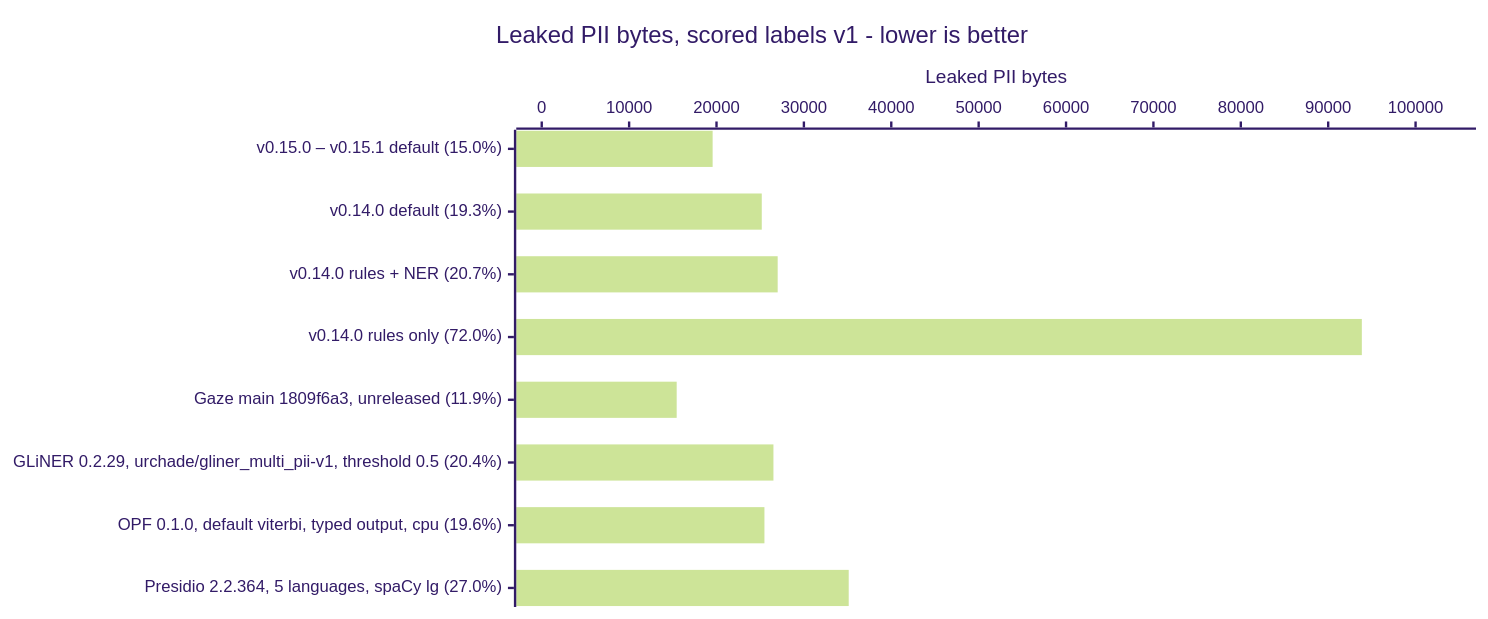
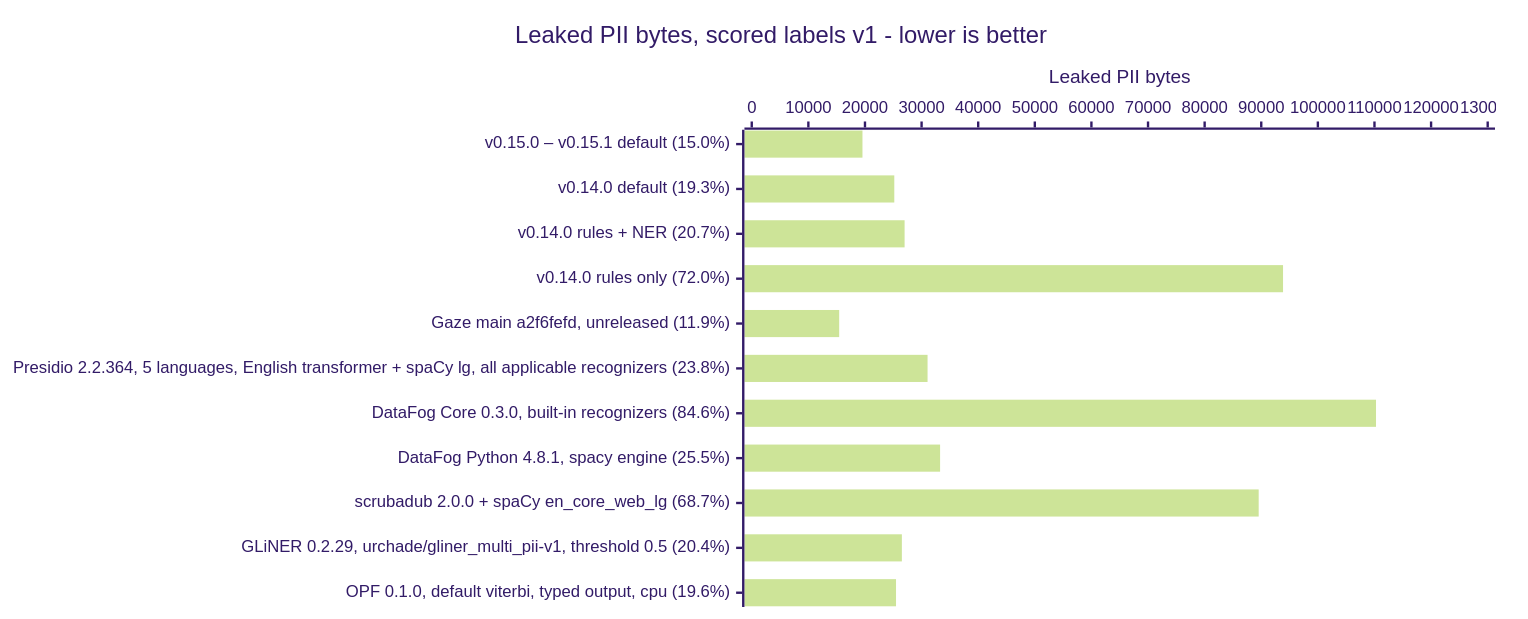
The third of 3 diagrams in README.md (CertaMesh/gaze), drawn with Mermaid (forest theme) before and after one commit. The commit also changed other lines of this file and 24 other files, not shown here.

````diff
--- a/README.md
+++ b/README.md
@@ -56,8 +56,8 @@
 ```mermaid
 %%{init: {'xyChart': {'width': 1200, 'height': 500}}}%%
 xychart-beta horizontal
     title "Leaked PII bytes, scored labels v1 - lower is better"
-    x-axis ["v0.15.0 – v0.15.1 default (15.0%)", "v0.14.0 default (19.3%)", "v0.14.0 rules + NER (20.7%)", "v0.14.0 rules only (72.0%)", "Gaze main 1809f6a3, unreleased (11.9%)", "GLiNER 0.2.29, urchade/gliner_multi_pii-v1, threshold 0.5 (20.4%)", "OPF 0.1.0, default viterbi, typed output, cpu (19.6%)", "Presidio 2.2.364, 5 languages, spaCy lg (27.0%)"]
-    y-axis "Leaked PII bytes" 0 --> 104000
-    bar [19556, 25179, 27000, 93850, 15443, 26515, 25485, 35130]
+    x-axis ["v0.15.0 – v0.15.1 default (15.0%)", "v0.14.0 default (19.3%)", "v0.14.0 rules + NER (20.7%)", "v0.14.0 rules only (72.0%)", "Gaze main a2f6fefd, unreleased (11.9%)", "Presidio 2.2.364, 5 languages, English transformer + spaCy lg, all applicable recognizers (23.8%)", "DataFog Core 0.3.0, built-in recognizers (84.6%)", "DataFog Python 4.8.1, spacy engine (25.5%)", "scrubadub 2.0.0 + spaCy en_core_web_lg (68.7%)", "GLiNER 0.2.29, urchade/gliner_multi_pii-v1, threshold 0.5 (20.4%)", "OPF 0.1.0, default viterbi, typed output, cpu (19.6%)"]
+    y-axis "Leaked PII bytes" 0 --> 130000
+    bar [19556, 25179, 27000, 93850, 15443, 31055, 110273, 33270, 89546, 26515, 25485]
 ```
````
